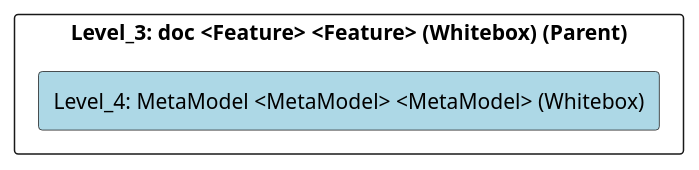
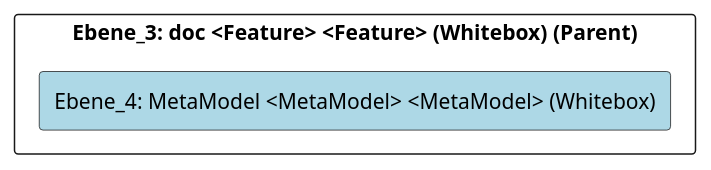
Before and after one commit to marcozwyssig/cleon: the diagram in doc/cleonproject_deliverables_architecture_model_architecture/adoc/de/05_bausteinsicht/cleon/common/doc/metamodel/ebene_4_metamodel.adoc, drawn with PlantUML. The commit also changed other lines of this file and 214 other files, not shown here.

```diff
--- a/doc/cleonproject_deliverables_architecture_model_architecture/adoc/de/05_bausteinsicht/cleon/common/doc/metamodel/ebene_4_metamodel.adoc
+++ b/doc/cleonproject_deliverables_architecture_model_architecture/adoc/de/05_bausteinsicht/cleon/common/doc/metamodel/ebene_4_metamodel.adoc
@@ -20,24 +20,24 @@
-[plantuml, Level_4: MetaModel <MetaModel> <MetaModel> (Whitebox)BlockOverview, format="svg"]
+[plantuml, Ebene_4: MetaModel <MetaModel> <MetaModel> (Whitebox)BlockOverview, format="svg"]
 ----
-@startuml Level_4: MetaModel <MetaModel> <MetaModel> (Whitebox)BuildingBlockOverview
+@startuml Ebene_4: MetaModel <MetaModel> <MetaModel> (Whitebox)BuildingBlockOverview
 
 skinparam ranksep 10
 skinparam componentStyle rectangle
 skinparam shadowing false
 skinparam arrowColor lightblue
 skinparam arrowThickness 1.2
 skinparam rectangle {
   BackgroundColor White
   BorderColor #333
   RoundCorner 10
 }
 top to bottom direction
 
-component "Level_3: doc <Feature> <Feature> (Whitebox) (Parent)" {
-    component "Level_4: MetaModel <MetaModel> <MetaModel> (Whitebox)" #lightblue {
+component "Ebene_3: doc <Feature> <Feature> (Whitebox) (Parent)" {
+    component "Ebene_4: MetaModel <MetaModel> <MetaModel> (Whitebox)" #lightblue {
     }
 
 }
 
 @enduml
 ----
```
